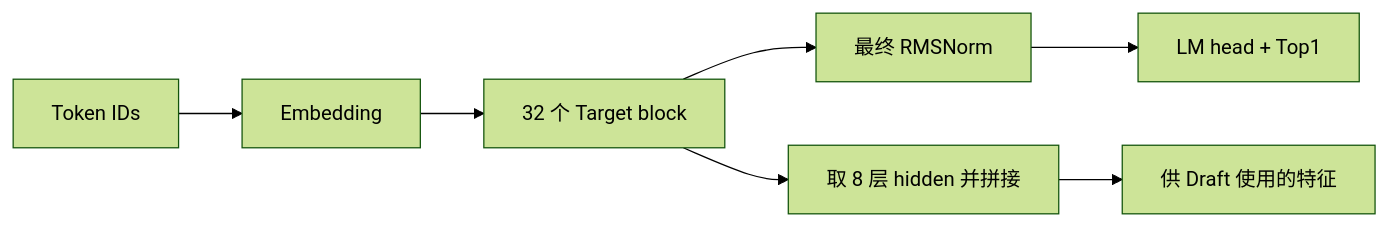
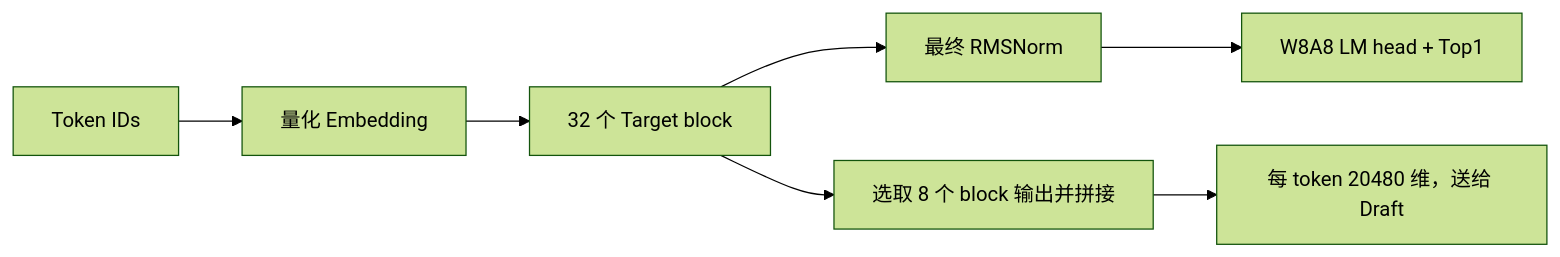
The second of 3 diagrams in docs/DFLASH_ARCHITECTURE.md (day8reak/qwen3.5-4B-dflash), drawn with Mermaid (forest theme) before and after one commit. The commit also changed other lines of this file and 4 other files, not shown here.

Commit message:
Reorganize DFlash architecture around generation and state flow

````diff
--- a/docs/DFLASH_ARCHITECTURE.md
+++ b/docs/DFLASH_ARCHITECTURE.md
@@ -61,6 +108,8 @@
 ```mermaid
 flowchart LR
-    I["Token IDs"] --> E["Embedding"] --> B["32 个 Target block"]
-    B --> N["最终 RMSNorm"] --> H["LM head + Top1"]
-    B --> F["取 8 层 hidden 并拼接"] --> D["供 Draft 使用的特征"]
+    I["Token IDs"] --> E["量化 Embedding"]
+    E --> B["32 个 Target block"]
+    B --> N["最终 RMSNorm"] --> H["W8A8 LM head + Top1"]
+    B --> F["选取 8 个 block 输出并拼接"]
+    F --> D["每 token 20480 维，送给 Draft"]
 ```
````
